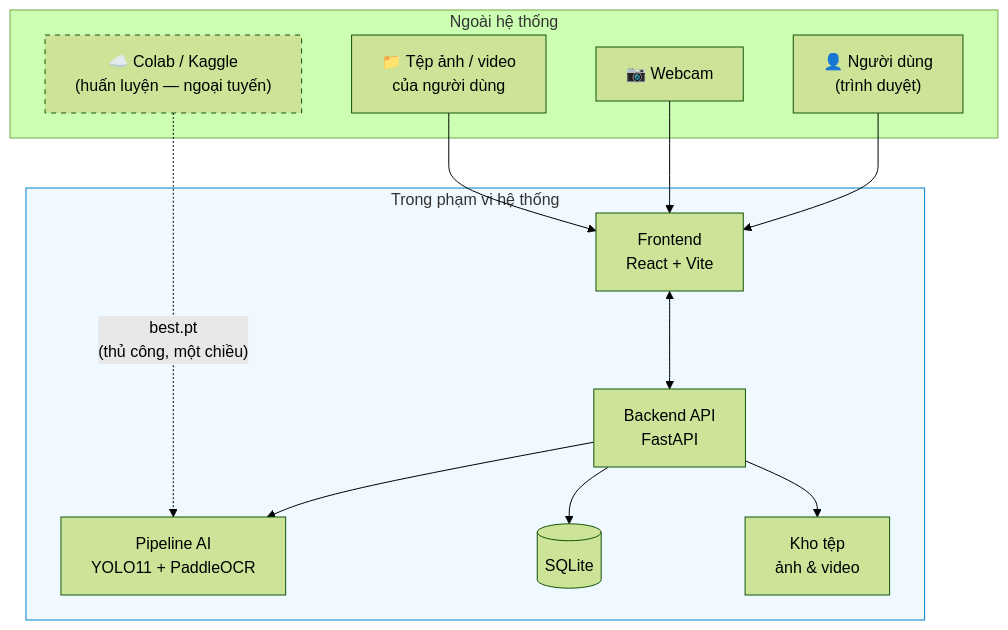
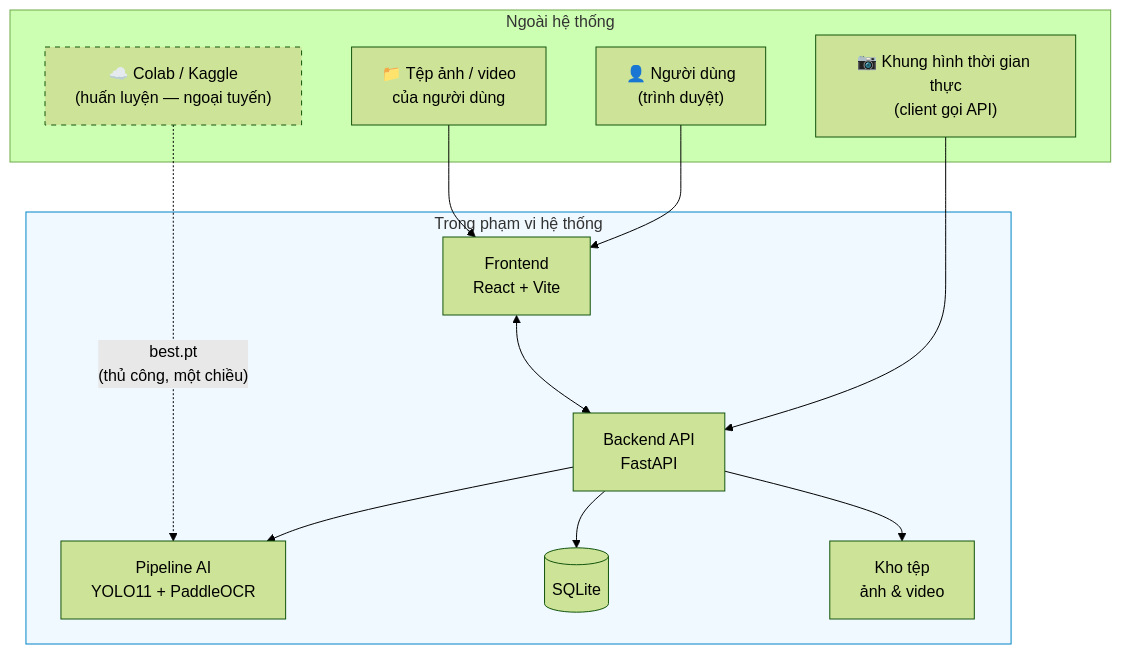
One commit to hieunguyen2604/alpr-do-an-mon-hoc changed the diagram in docs/00-requirements/project-scope.md. Above: the diagram before and after it, drawn with Mermaid (forest theme). The commit also changed other lines of this file and 82 other files, not shown here.

````diff
--- a/docs/00-requirements/project-scope.md
+++ b/docs/00-requirements/project-scope.md
@@ -75,29 +76,29 @@
 ```mermaid
 graph TB
     subgraph EXT["Ngoài hệ thống"]
         U["👤 Người dùng<br/>(trình duyệt)"]
-        CAM["📷 Webcam"]
+        CAM["📷 Khung hình thời gian thực<br/>(client gọi API)"]
         FS["📁 Tệp ảnh / video<br/>của người dùng"]
         COLAB["☁️ Colab / Kaggle<br/>(huấn luyện — ngoại tuyến)"]
     end
 
     subgraph SYS["Trong phạm vi hệ thống"]
         FE["Frontend<br/>React + Vite"]
         BE["Backend API<br/>FastAPI"]
         AI["Pipeline AI<br/>YOLO11 + PaddleOCR"]
         DB[("SQLite")]
         ST["Kho tệp<br/>ảnh & video"]
     end
 
     U --> FE
-    CAM --> FE
+    CAM --> BE
     FS --> FE
     FE <--> BE
     BE --> AI
     BE --> DB
     BE --> ST
     COLAB -.->|"best.pt<br/>(thủ công, một chiều)"| AI
 
     style COLAB stroke-dasharray: 5 5
     style SYS fill:#f0f9ff,stroke:#0284c7
 ```
````
